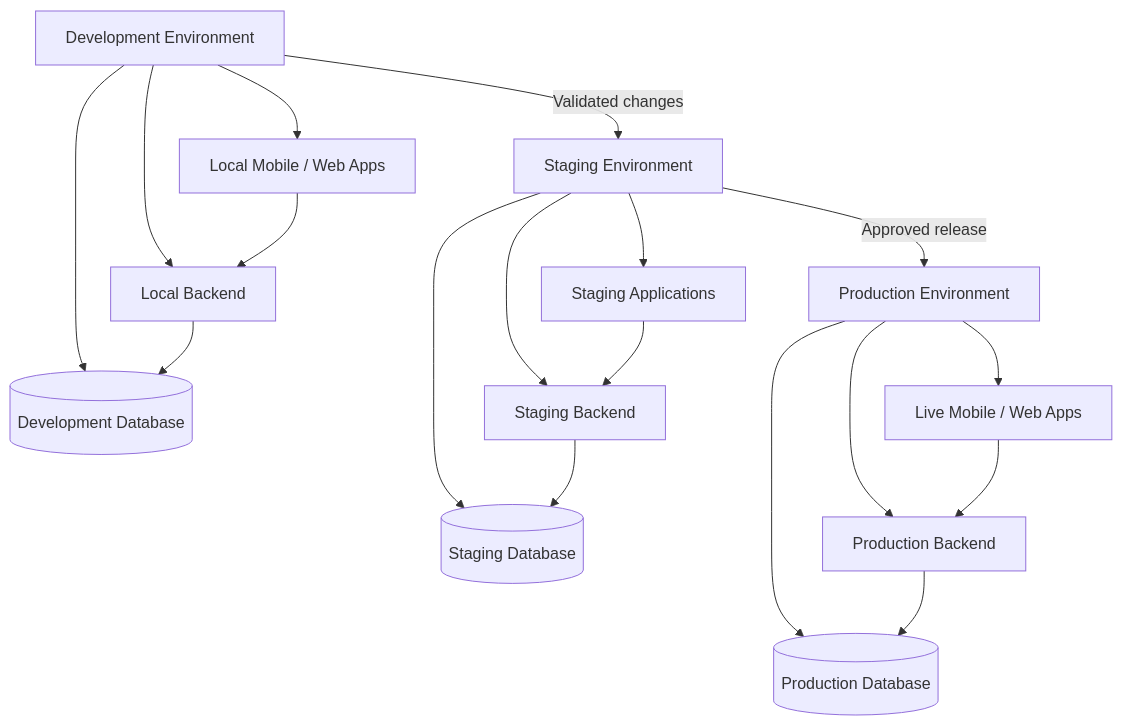
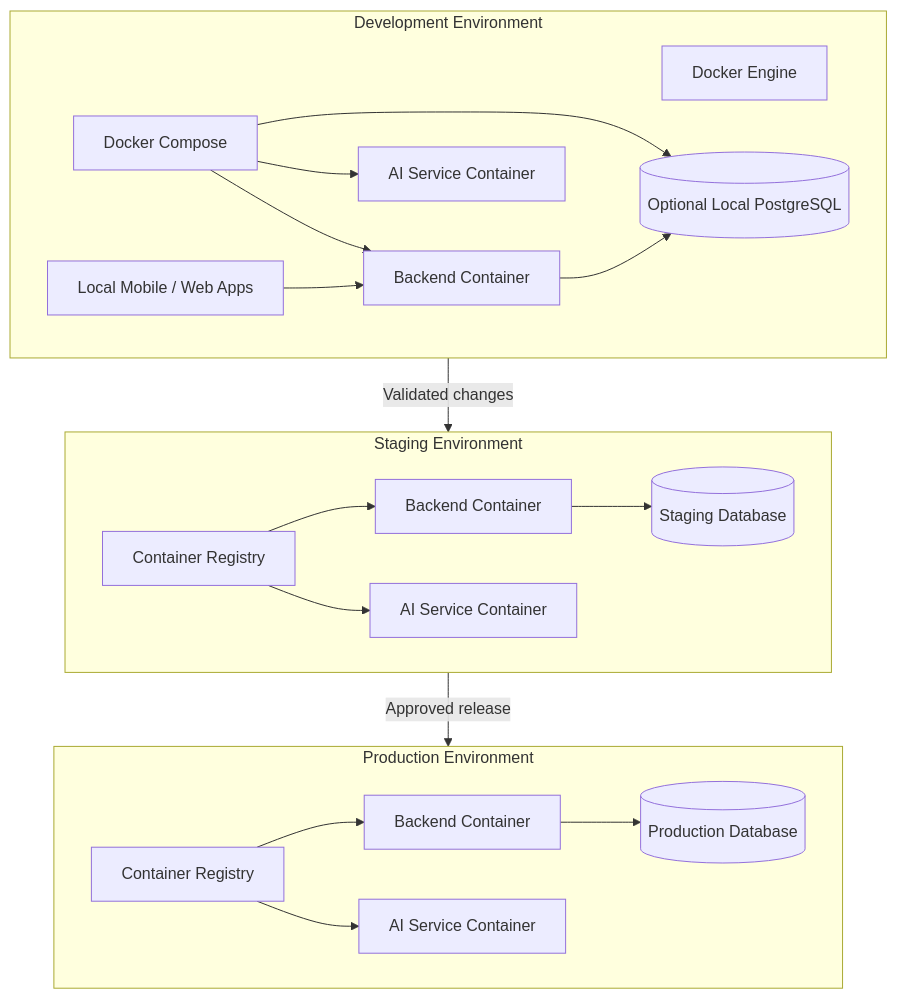
The diagram in docs/diagrams/06-infrastructure/environment-architecture.md (HarshSalvi07/Elixer), drawn with Mermaid before and after one commit. The commit also changed other lines of this file, not shown here.

Commit message:
test(diagrams): testing for diagram additions

````diff
--- a/docs/diagrams/06-infrastructure/environment-architecture.md
+++ b/docs/diagrams/06-infrastructure/environment-architecture.md
@@ -6,44 +6,46 @@
 ```mermaid
 flowchart TD
-    DEV["Development Environment"]
-    STAGING["Staging Environment"]
-    PROD["Production Environment"]
+    subgraph DEV["Development Environment"]
+        DEV_ENGINE["Docker Engine"]
+        COMPOSE["Docker Compose"]
 
-    DEV_APP["Local Mobile / Web Apps"]
-    DEV_API["Local Backend"]
-    DEV_DB[("Development Database")]
+        DEV_APP["Local Mobile / Web Apps"]
+        DEV_BACKEND["Backend Container"]
+        DEV_AI["AI Service Container"]
+        DEV_DB[("Optional Local PostgreSQL")]
 
-    STAGE_APP["Staging Applications"]
-    STAGE_API["Staging Backend"]
-    STAGE_DB[("Staging Database")]
+        COMPOSE --> DEV_BACKEND
+        COMPOSE --> DEV_AI
+        COMPOSE --> DEV_DB
 
-    PROD_APP["Live Mobile / Web Apps"]
-    PROD_API["Production Backend"]
-    PROD_DB[("Production Database")]
+        DEV_APP --> DEV_BACKEND
+        DEV_BACKEND --> DEV_DB
+    end
 
-    DEV --> DEV_APP
-    DEV --> DEV_API
-    DEV --> DEV_DB
+    subgraph STAGING["Staging Environment"]
+        STAGE_REGISTRY["Container Registry"]
+        STAGE_BACKEND["Backend Container"]
+        STAGE_AI["AI Service Container"]
+        STAGE_DB[("Staging Database")]
 
-    DEV_APP --> DEV_API
+        STAGE_REGISTRY --> STAGE_BACKEND
+        STAGE_REGISTRY --> STAGE_AI
 
-    DEV_API --> DEV_DB
+        STAGE_BACKEND --> STAGE_DB
+    end
 
-    DEV -->|Validated changes| STAGING
+    subgraph PROD["Production Environment"]
+        PROD_REGISTRY["Container Registry"]
+        PROD_BACKEND["Backend Container"]
+        PROD_AI["AI Service Container"]
+        PROD_DB[("Production Database")]
 
-    STAGING --> STAGE_APP
-    STAGING --> STAGE_API
-    STAGING --> STAGE_DB
+        PROD_REGISTRY --> PROD_BACKEND
+        PROD_REGISTRY --> PROD_AI
 
-    STAGE_APP --> STAGE_API
-    STAGE_API --> STAGE_DB
+        PROD_BACKEND --> PROD_DB
+    end
 
-    STAGING -->|Approved release| PROD
-
-    PROD --> PROD_APP
-    PROD --> PROD_API
-    PROD --> PROD_DB
-
-    PROD_APP --> PROD_API
-    PROD_API --> PROD_DB
+    DEV -->|"Validated changes"| STAGING
+    STAGING -->|"Approved release"| PROD
 ```
````
